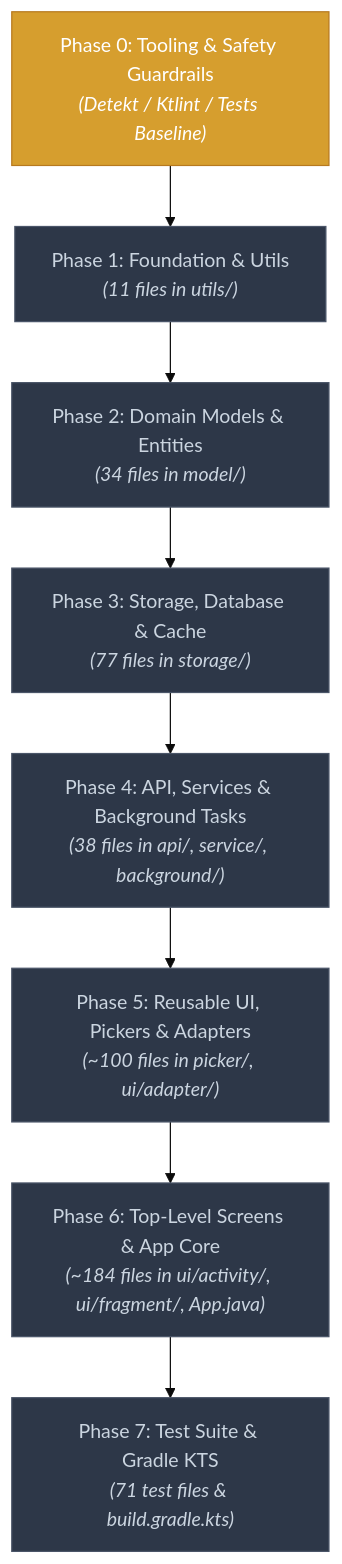
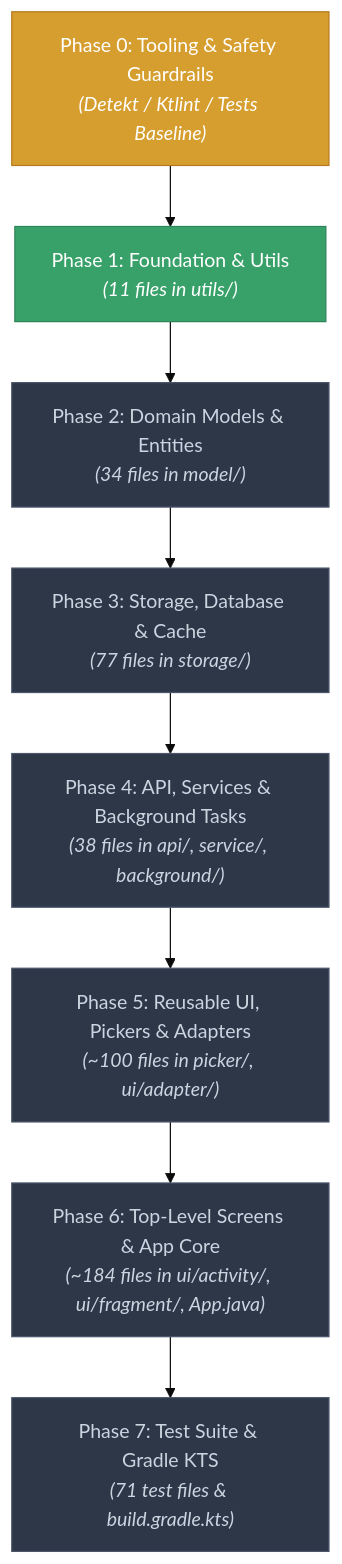
The first of 2 diagrams in KOTLIN_MIGRATION.mdx (solomonrajan/cashledger), drawn with Mermaid (base theme) before and after one commit. The commit also changed other lines of this file and 20 other files, not shown here.

First line of the commit message:
refactor(utils): migrate utils package to pure Kotlin (Phase 1)

````diff
--- a/KOTLIN_MIGRATION.mdx
+++ b/KOTLIN_MIGRATION.mdx
@@ -50,23 +50,23 @@
 ```mermaid
 flowchart TD
     classDef pending fill:#2D3748,stroke:#4A5568,color:#CBD5E0
     classDef inprog fill:#D69E2E,stroke:#B7791F,color:#FFFFFF
     classDef complete fill:#38A169,stroke:#2F855A,color:#FFFFFF
 
     P0["Phase 0: Tooling & Safety Guardrails<br/><i>(Detekt / Ktlint / Tests Baseline)</i>"]:::inprog
-    P1["Phase 1: Foundation & Utils<br/><i>(11 files in utils/)</i>"]:::pending
+    P1["Phase 1: Foundation & Utils<br/><i>(11 files in utils/)</i>"]:::complete
     P2["Phase 2: Domain Models & Entities<br/><i>(34 files in model/)</i>"]:::pending
     P3["Phase 3: Storage, Database & Cache<br/><i>(77 files in storage/)</i>"]:::pending
     P4["Phase 4: API, Services & Background Tasks<br/><i>(38 files in api/, service/, background/)</i>"]:::pending
     P5["Phase 5: Reusable UI, Pickers & Adapters<br/><i>(~100 files in picker/, ui/adapter/)</i>"]:::pending
     P6["Phase 6: Top-Level Screens & App Core<br/><i>(~184 files in ui/activity/, ui/fragment/, App.java)</i>"]:::pending
     P7["Phase 7: Test Suite & Gradle KTS<br/><i>(71 test files & build.gradle.kts)</i>"]:::pending
 
     P0 --> P1
     P1 --> P2
     P2 --> P3
     P3 --> P4
     P4 --> P5
     P5 --> P6
     P6 --> P7
 ```
````
